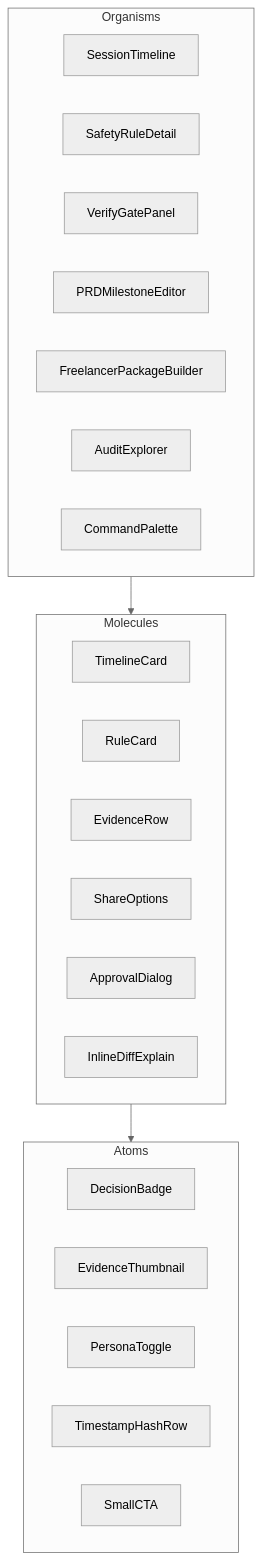
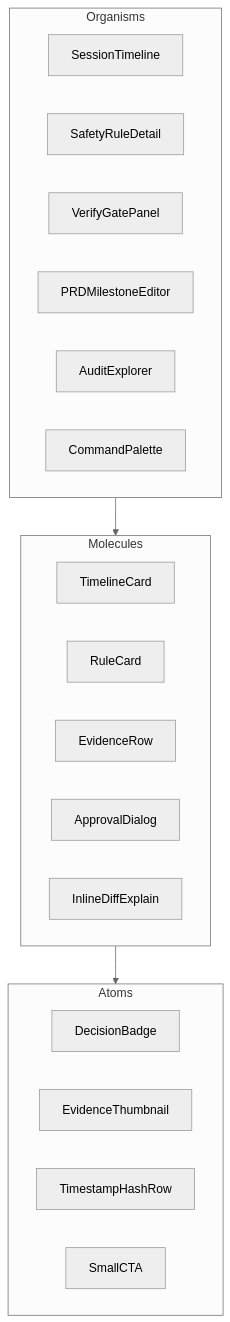
One commit to rahlplx/solo-founder-wingman changed the fourth of 5 diagrams in audit/companion-ux/ARCHITECTURE.md. Above: the diagram before and after it, drawn with Mermaid (neutral theme). The commit also changed other lines of this file and 25 other files, not shown here.

````diff
--- a/audit/companion-ux/ARCHITECTURE.md
+++ b/audit/companion-ux/ARCHITECTURE.md
@@ -100,29 +93,26 @@
 ```mermaid
 flowchart TB
     subgraph Organisms
         SessionTimeline
         SafetyRuleDetail
         VerifyGatePanel
         PRDMilestoneEditor
-        FreelancerPackageBuilder
         AuditExplorer
         CommandPalette
     end
     subgraph Molecules
         TimelineCard
         RuleCard
         EvidenceRow
-        ShareOptions
         ApprovalDialog
         InlineDiffExplain
     end
     subgraph Atoms
         DecisionBadge
         EvidenceThumbnail
-        PersonaToggle
         TimestampHashRow
         SmallCTA
     end
 
     Organisms --> Molecules --> Atoms
 ```
````
